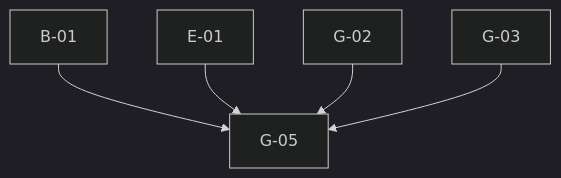
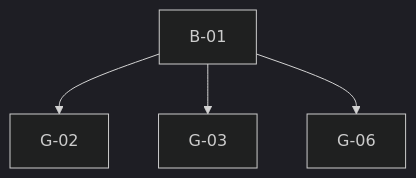
One commit to SarithaMathai/migration changed the diagram in output/analysis/claims/be-04-stories.md. Above: the diagram before and after it, drawn with Mermaid (dark theme). The commit also changed other lines of this file and 152 other files, not shown here.

````diff
--- a/output/analysis/claims/be-04-stories.md
+++ b/output/analysis/claims/be-04-stories.md
@@ -25,4 +25,4 @@
 ```mermaid
 graph TD
-  B01["B-01"] & E01["E-01"] & G02["G-02"] & G03["G-03"] --> G05["G-05"]
+  B01["B-01"] --> G02["G-02"] & G03["G-03"] & G06["G-06"]
 ```
````
